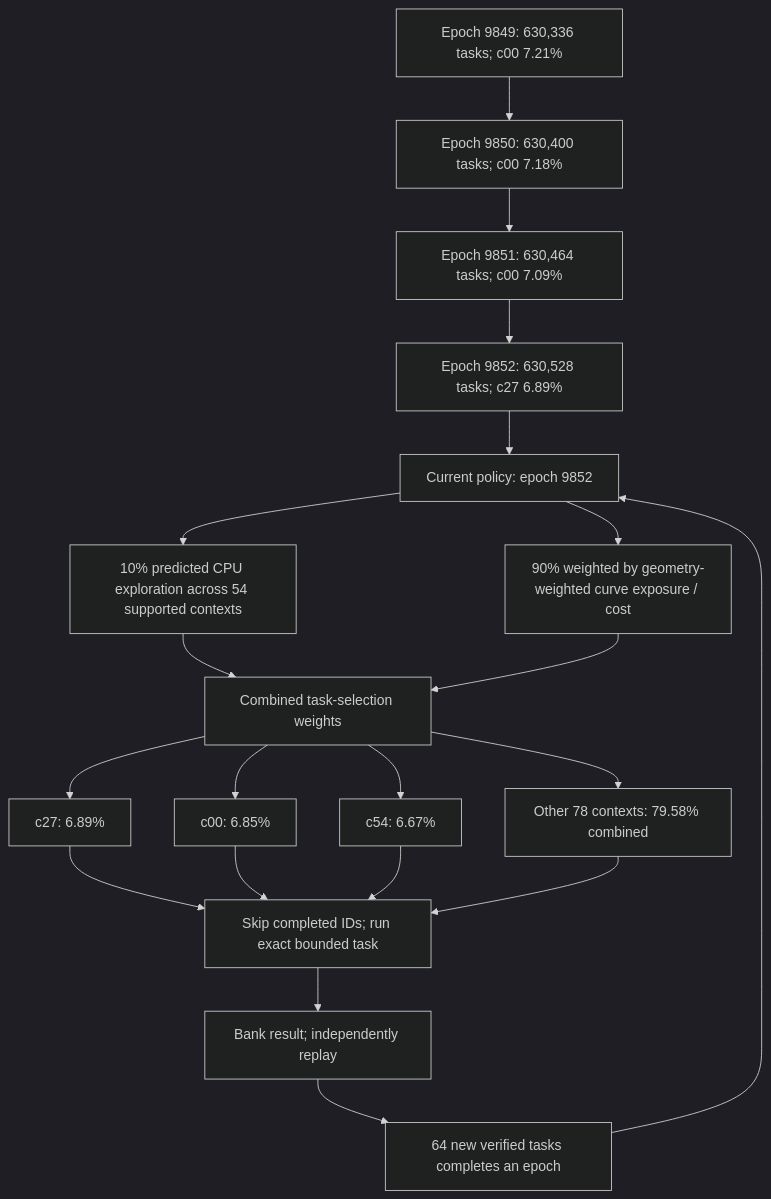
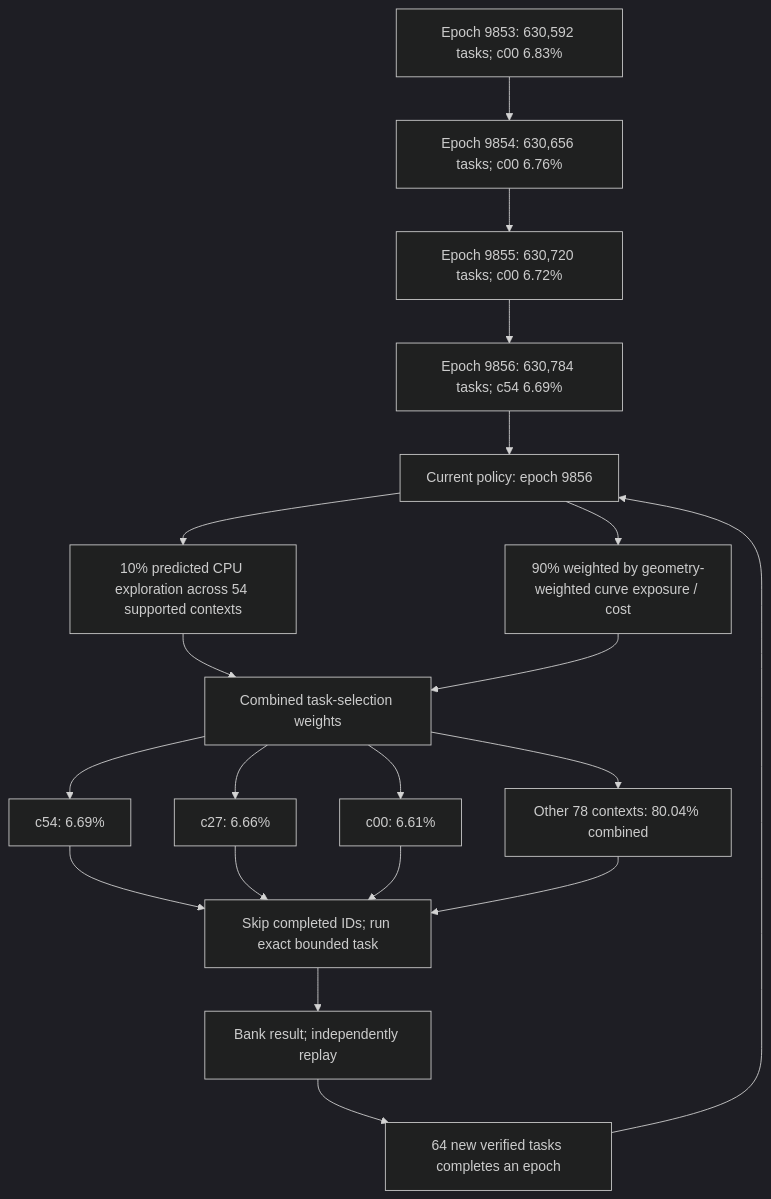
Before and after one commit to Kuberwastaken/math-gambling: the first of 4 diagrams in README.md, drawn with Mermaid (dark theme). The commit also changed other lines of this file and 622 other files, not shown here.

````diff
--- a/README.md
+++ b/README.md
@@ -60,27 +60,27 @@
 ```mermaid
 flowchart TD
-    H0["Epoch 9849: 630,336 tasks; c00 7.21%"]
-    H1["Epoch 9850: 630,400 tasks; c00 7.18%"]
+    H0["Epoch 9853: 630,592 tasks; c00 6.83%"]
+    H1["Epoch 9854: 630,656 tasks; c00 6.76%"]
     H0 --> H1
-    H2["Epoch 9851: 630,464 tasks; c00 7.09%"]
+    H2["Epoch 9855: 630,720 tasks; c00 6.72%"]
     H1 --> H2
-    H3["Epoch 9852: 630,528 tasks; c27 6.89%"]
+    H3["Epoch 9856: 630,784 tasks; c54 6.69%"]
     H2 --> H3
-    Policy["Current policy: epoch 9852"]
+    Policy["Current policy: epoch 9856"]
     H3 --> Policy
     Policy --> Explore["10% predicted CPU exploration across 54 supported contexts"]
     Policy --> Cost["90% weighted by geometry-weighted curve exposure / cost"]
     Explore --> Mix["Combined task-selection weights"]
     Cost --> Mix
-    Mix --> C0["c27: 6.89%"]
-    Mix --> C1["c00: 6.85%"]
-    Mix --> C2["c54: 6.67%"]
-    Mix --> Rest["Other 78 contexts: 79.58% combined"]
+    Mix --> C0["c54: 6.69%"]
+    Mix --> C1["c27: 6.66%"]
+    Mix --> C2["c00: 6.61%"]
+    Mix --> Rest["Other 78 contexts: 80.04% combined"]
     C0 --> Check["Skip completed IDs; run exact bounded task"]
     C1 --> Check
     C2 --> Check
     Rest --> Check
     Check --> Replay["Bank result; independently replay"]
     Replay --> Gate["64 new verified tasks completes an epoch"]
     Gate --> Policy
 ```
````
